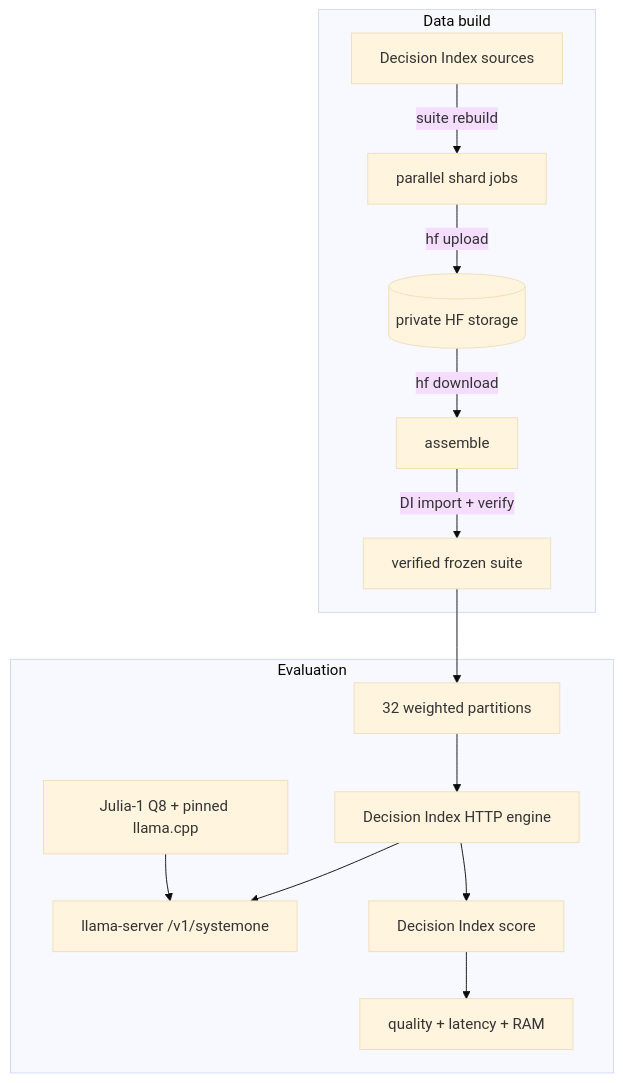
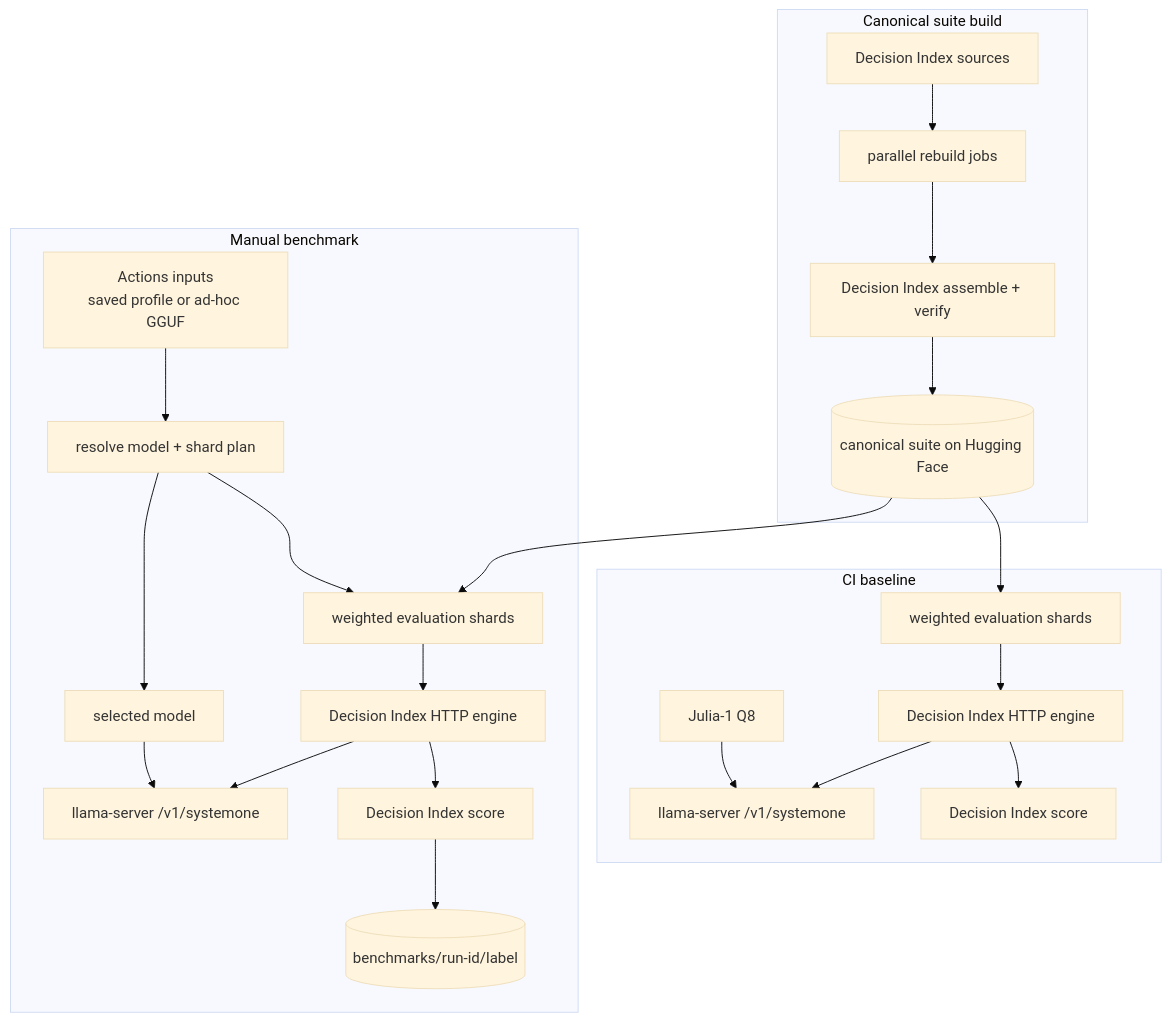
One commit to datGryphon/systemone-eval changed the diagram in .github/PIPELINE.md. Above: the diagram before and after it, drawn with Mermaid (base theme).

Commit message:
docs: update pipeline diagram

````diff
--- a/.github/PIPELINE.md
+++ b/.github/PIPELINE.md
@@ -13,31 +13,48 @@
 ```mermaid
 flowchart TD
-    subgraph BUILD["Data build"]
-        DI[Decision Index sources]
-        SHARDS[parallel shard jobs]
-        STORE[(private HF storage)]
-        ASSEMBLE[assemble]
-        SUITE[verified frozen suite]
+    subgraph SUITE["Canonical suite build"]
+        SOURCES[Decision Index sources]
+        BUILD[parallel rebuild jobs]
+        ASSEMBLE[Decision Index assemble + verify]
+        CANON[(canonical suite on Hugging Face)]
 
-        DI -->|suite rebuild| SHARDS
-        SHARDS -->|hf upload| STORE
-        STORE -->|hf download| ASSEMBLE
-        ASSEMBLE -->|DI import + verify| SUITE
+        SOURCES --> BUILD
+        BUILD --> ASSEMBLE
+        ASSEMBLE --> CANON
     end
 
-    subgraph EVAL["Evaluation"]
-        SPLIT[32 weighted partitions]
-        MODEL[Julia-1 Q8 + pinned llama.cpp]
-        SERVER[llama-server /v1/systemone]
-        ENGINE[Decision Index HTTP engine]
-        SCORE[Decision Index score]
-        RESULTS[quality + latency + RAM]
+    subgraph CI["CI baseline"]
+        CI_SPLIT[weighted evaluation shards]
+        JULIA[Julia-1 Q8]
+        CI_SERVER[llama-server /v1/systemone]
+        CI_ENGINE[Decision Index HTTP engine]
+        CI_SCORE[Decision Index score]
 
-        SUITE --> SPLIT
-        SPLIT --> ENGINE
-        MODEL --> SERVER
-        ENGINE --> SERVER
-        ENGINE --> SCORE
-        SCORE --> RESULTS
+        CANON --> CI_SPLIT
+        CI_SPLIT --> CI_ENGINE
+        JULIA --> CI_SERVER
+        CI_ENGINE --> CI_SERVER
+        CI_ENGINE --> CI_SCORE
+    end
+
+    subgraph MANUAL["Manual benchmark"]
+        INPUTS[Actions inputs<br/>saved profile or ad-hoc GGUF]
+        PLAN[resolve model + shard plan]
+        RUN_SPLIT[weighted evaluation shards]
+        MODEL[selected model]
+        RUN_SERVER[llama-server /v1/systemone]
+        RUN_ENGINE[Decision Index HTTP engine]
+        RUN_SCORE[Decision Index score]
+        RESULTS[(benchmarks/run-id/label)]
+
+        INPUTS --> PLAN
+        PLAN --> MODEL
+        PLAN --> RUN_SPLIT
+        CANON --> RUN_SPLIT
+        RUN_SPLIT --> RUN_ENGINE
+        MODEL --> RUN_SERVER
+        RUN_ENGINE --> RUN_SERVER
+        RUN_ENGINE --> RUN_SCORE
+        RUN_SCORE --> RESULTS
     end
 ```
````
